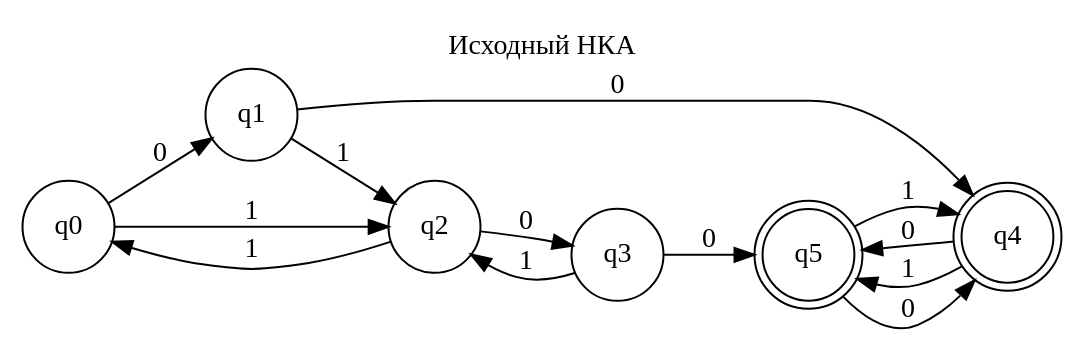
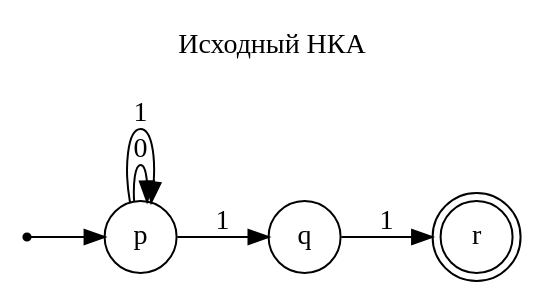
Before and after one commit to GhostManSSR/Vyz_study: the diagram in NKAminimizationDKA/app/graphs/исходный_нка.dot, drawn with Graphviz. The commit also changed 14 other files, not shown here.

```diff
--- a/NKAminimizationDKA/app/graphs/исходный_нка.dot
+++ b/NKAminimizationDKA/app/graphs/исходный_нка.dot
@@ -1,23 +1,14 @@
 digraph Automaton {
     rankdir=LR;
     graph [label="Исходный НКА", labelloc=t];
     node [shape=circle];
-    "q0" [label="q0"];
-    "q1" [label="q1"];
-    "q2" [label="q2"];
-    "q3" [label="q3"];
-    "q4" [label="q4", shape=doublecircle];
-    "q5" [label="q5", shape=doublecircle];
-    "q0" -> "q1" [label="0"];
-    "q0" -> "q2" [label="1"];
-    "q1" -> "q4" [label="0"];
-    "q1" -> "q2" [label="1"];
-    "q2" -> "q3" [label="0"];
-    "q2" -> "q0" [label="1"];
-    "q3" -> "q5" [label="0"];
-    "q3" -> "q2" [label="1"];
-    "q4" -> "q5" [label="0"];
-    "q4" -> "q5" [label="1"];
-    "q5" -> "q4" [label="0"];
-    "q5" -> "q4" [label="1"];
+    "__start" [shape=point, label=""];
+    "__start" -> "p";
+    "p" [label="p"];
+    "q" [label="q"];
+    "r" [label="r", shape=doublecircle];
+    "p" -> "p" [label="0"];
+    "p" -> "p" [label="1"];
+    "p" -> "q" [label="1"];
+    "q" -> "r" [label="1"];
 }
```
